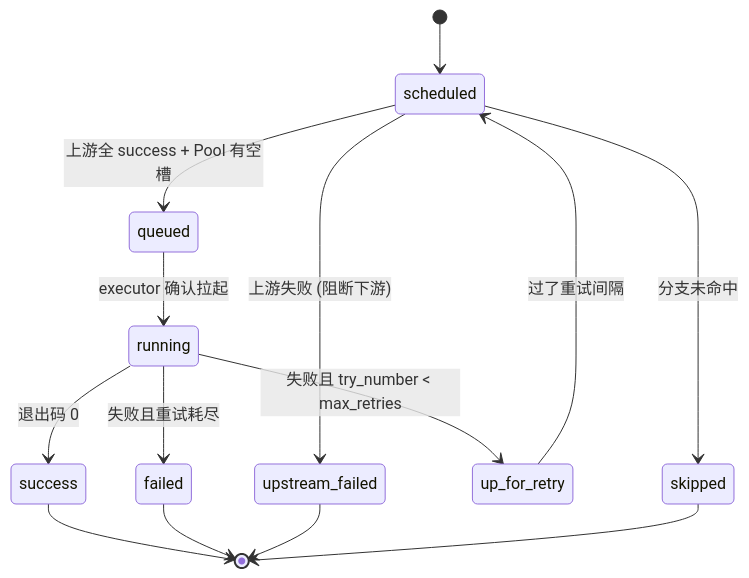
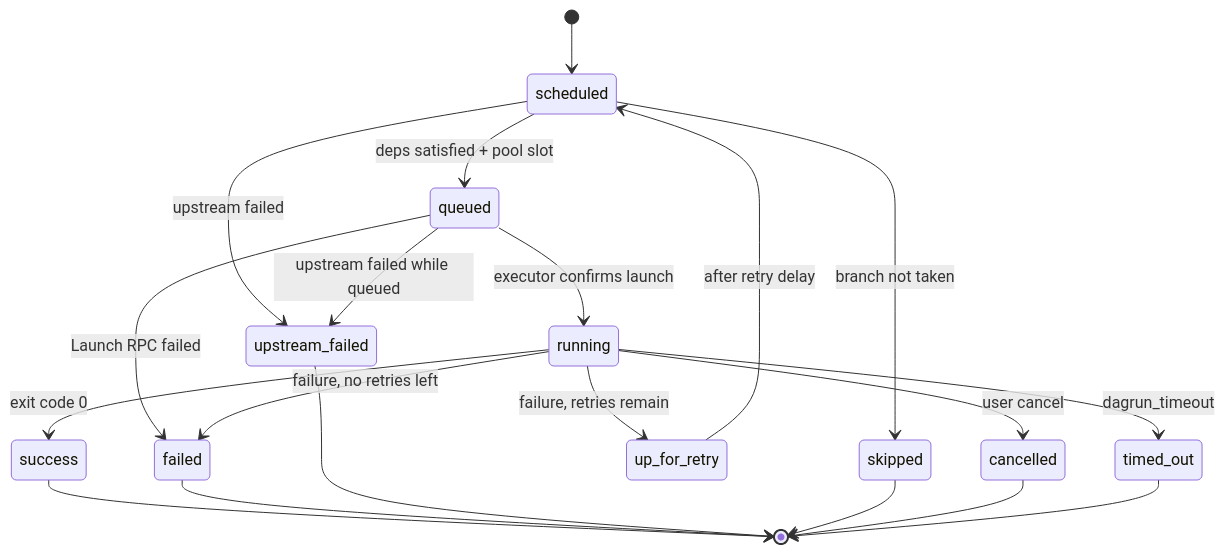
Before and after one commit to ako74programmer/poc-cronova-windows: the fourth of 10 diagrams in docs/ARCHITECTURE.md, drawn with Mermaid. The commit also changed other lines of this file and 10 other files, not shown here.

Commit message:
docs: rewrite ARCHITECTURE in English + Polish, sync embedded docs, add to KB and nav, remove Chinese UI refs

````diff
--- a/docs/ARCHITECTURE.md
+++ b/docs/ARCHITECTURE.md
@@ -377,16 +330,22 @@
 ```mermaid
 stateDiagram-v2
     [*] --> scheduled
-    scheduled --> queued: 上游全 success + Pool 有空槽
-    scheduled --> upstream_failed: 上游失败 (阻断下游)
-    scheduled --> skipped: 分支未命中
-    queued --> running: executor 确认拉起
-    running --> success: 退出码 0
-    running --> up_for_retry: 失败且 try_number < max_retries
-    running --> failed: 失败且重试耗尽
-    up_for_retry --> scheduled: 过了重试间隔
+    scheduled --> queued: deps satisfied + pool slot
+    scheduled --> upstream_failed: upstream failed
+    scheduled --> skipped: branch not taken
+    queued --> running: executor confirms launch
+    queued --> upstream_failed: upstream failed while queued
+    queued --> failed: Launch RPC failed
+    running --> success: exit code 0
+    running --> up_for_retry: failure, retries remain
+    running --> failed: failure, no retries left
+    running --> cancelled: user cancel
+    running --> timed_out: dagrun_timeout
+    up_for_retry --> scheduled: after retry delay
     success --> [*]
     failed --> [*]
     upstream_failed --> [*]
     skipped --> [*]
+    cancelled --> [*]
+    timed_out --> [*]
 ```
````
